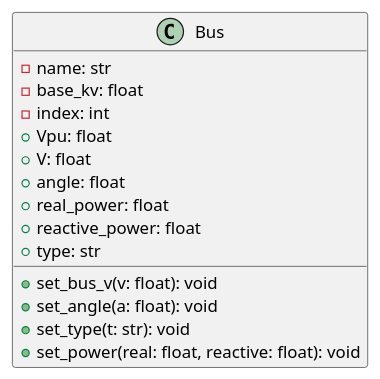
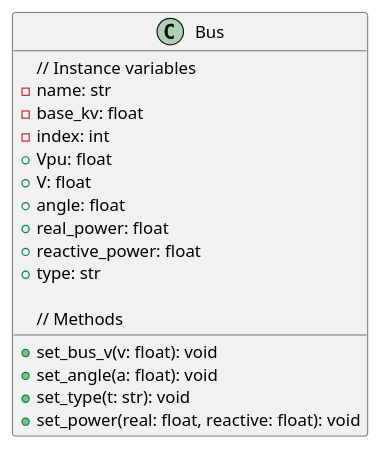
The second of 17 diagrams in project2.plantuml (JLipnerPitt/ECE2774-ADV-POWER-SYSTEMS-ANALYSIS), drawn with PlantUML before and after one commit. The commit also changed other lines of this file, not shown here.

```diff
--- a/project2.plantuml
+++ b/project2.plantuml
@@ -12,18 +14,20 @@
 @startuml Bus
 class Bus {
+    // Instance variables
     -name: str
     -base_kv: float
     -index: int
     +Vpu: float
     +V: float
     +angle: float
     +real_power: float
     +reactive_power: float
     +type: str
 
+    // Methods
     +set_bus_v(v: float): void
     +set_angle(a: float): void
     +set_type(t: str): void
     +set_power(real: float, reactive: float): void
 }
 @enduml
```
